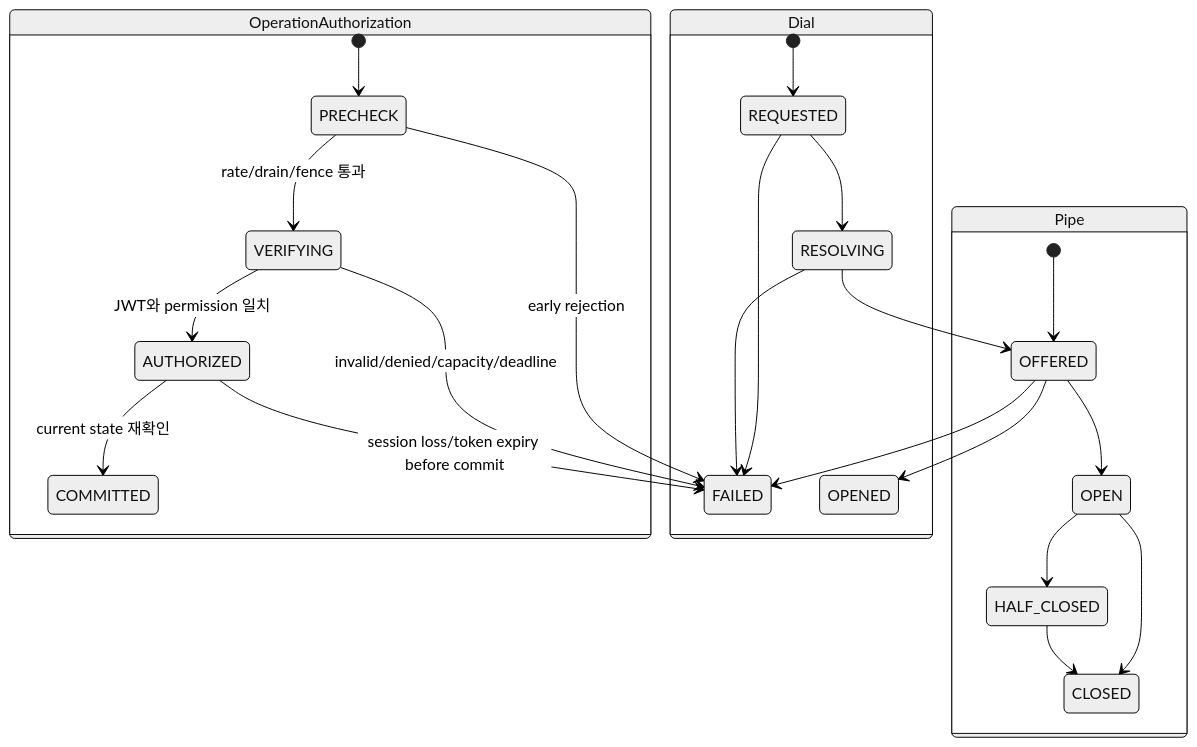
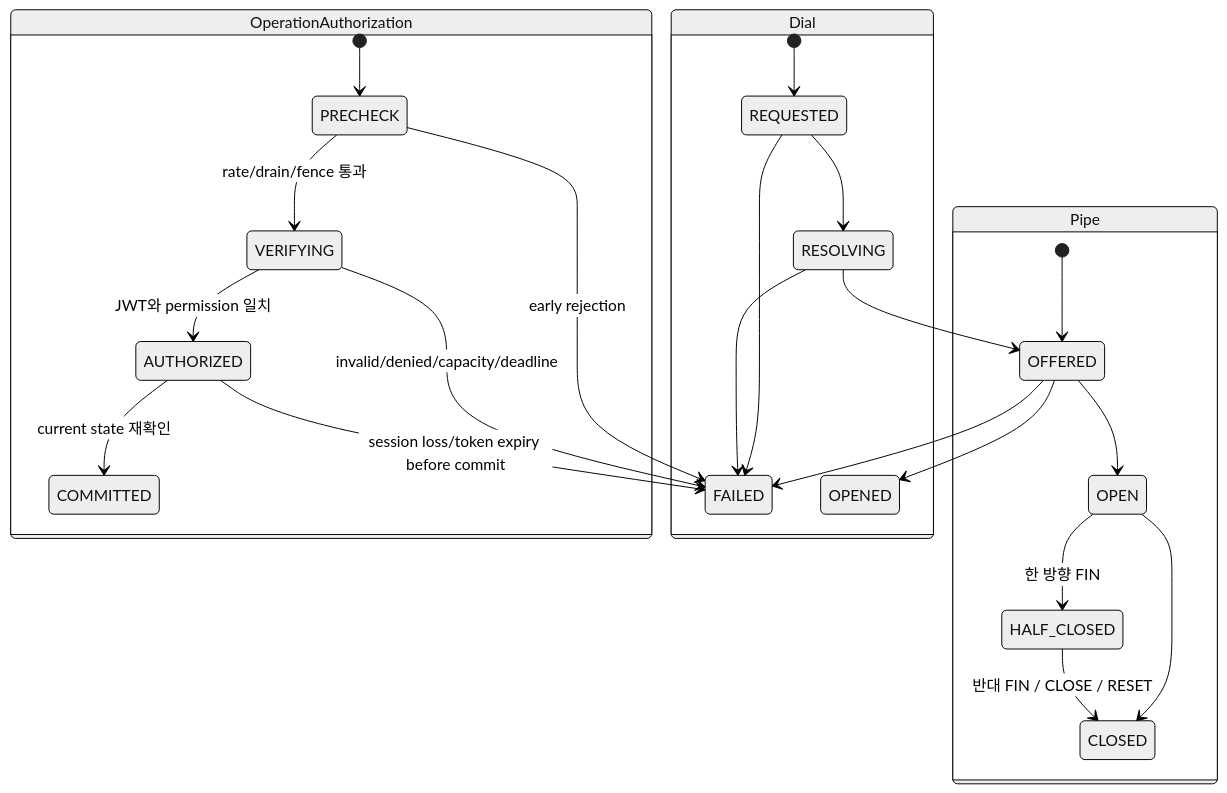
The second of 3 diagrams in docs/spec/007-error-and-state-model.md (cagojeiger/relaygate), drawn with Mermaid (neutral theme) before and after one commit. The commit also changed other lines of this file and 149 other files, not shown here.

````diff
--- a/docs/spec/007-error-and-state-model.md
+++ b/docs/spec/007-error-and-state-model.md
@@ -71,28 +70,28 @@
 ```mermaid
 stateDiagram-v2
     state OperationAuthorization {
         [*] --> PRECHECK
         PRECHECK --> VERIFYING: rate/drain/fence 통과
         PRECHECK --> FAILED: early rejection
         VERIFYING --> AUTHORIZED: JWT와 permission 일치
         VERIFYING --> FAILED: invalid/denied/capacity/deadline
         AUTHORIZED --> COMMITTED: current state 재확인
         AUTHORIZED --> FAILED: session loss/token expiry before commit
     }
     state Dial {
         [*] --> REQUESTED
         REQUESTED --> RESOLVING
         RESOLVING --> OFFERED
         OFFERED --> OPENED
         REQUESTED --> FAILED
         RESOLVING --> FAILED
         OFFERED --> FAILED
     }
     state Pipe {
         [*] --> OFFERED
         OFFERED --> OPEN
-        OPEN --> HALF_CLOSED
+        OPEN --> HALF_CLOSED: 한 방향 FIN
         OPEN --> CLOSED
-        HALF_CLOSED --> CLOSED
+        HALF_CLOSED --> CLOSED: 반대 FIN / CLOSE / RESET
     }
 ```
````
